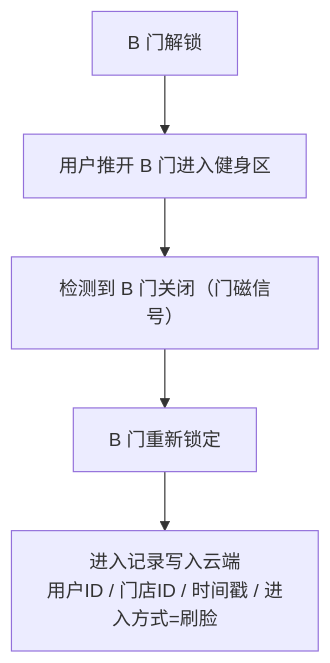
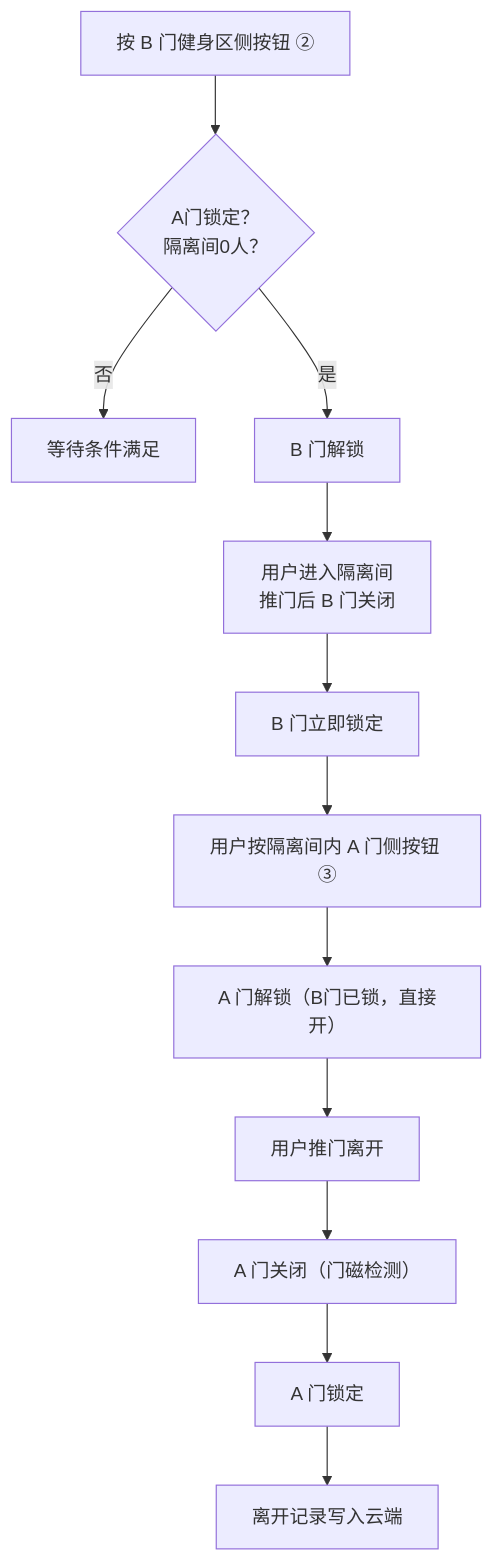
The fourth of 7 diagrams in docs/functional-systems/face-recognition.md (fitron-app/docs), drawn with Mermaid before and after one commit. The commit also changed other lines of this file and 3 other files, not shown here.

````diff
--- a/docs/functional-systems/face-recognition.md
+++ b/docs/functional-systems/face-recognition.md
@@ -80,7 +111,15 @@
 ```mermaid
 flowchart TD
-    UnlockB["B 门解锁"] --> OpenB["用户推开 B 门进入健身区"]
-    OpenB --> MagB["检测到 B 门关闭（门磁信号）"]
-    MagB --> LockB["B 门重新锁定"]
-    LockB --> WriteLog["进入记录写入云端\n用户ID / 门店ID / 时间戳 / 进入方式=刷脸"]
+    PressBtn2["按 B 门健身区侧按钮 ②"]
+    PressBtn2 --> CheckExit{"A门锁定？\n隔离间0人？"}
+    CheckExit -->|"否"| WaitExit["等待条件满足"]
+    CheckExit -->|"是"| UnlockBOut["B 门解锁"]
+    UnlockBOut --> EnterChamber["用户进入隔离间\n推门后 B 门关闭"]
+    EnterChamber --> LockBOut["B 门立即锁定"]
+    LockBOut --> PressBtn3["用户按隔离间内 A 门侧按钮 ③"]
+    PressBtn3 --> UnlockAOut["A 门解锁（B门已锁，直接开）"]
+    UnlockAOut --> LeaveA["用户推门离开"]
+    LeaveA --> MagAClose["A 门关闭（门磁检测）"]
+    MagAClose --> LockAOut["A 门锁定"]
+    LockAOut --> WriteExitLog["离开记录写入云端"]
 ```
````
